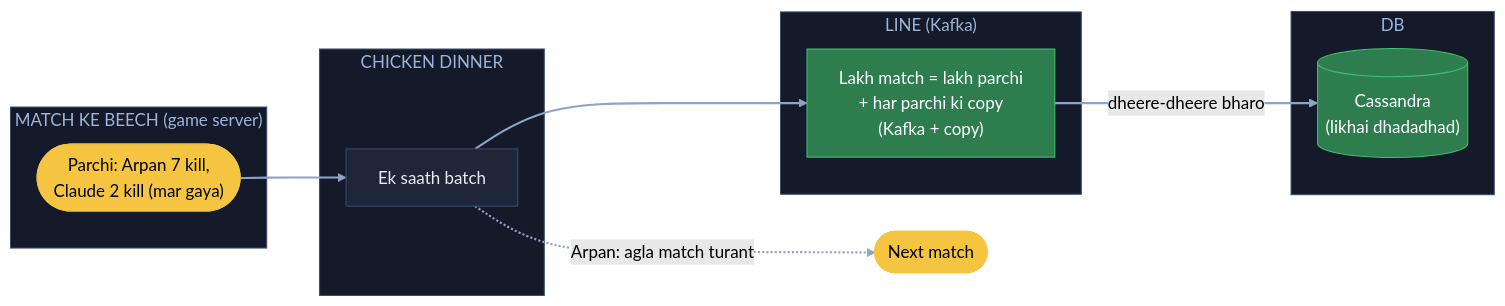
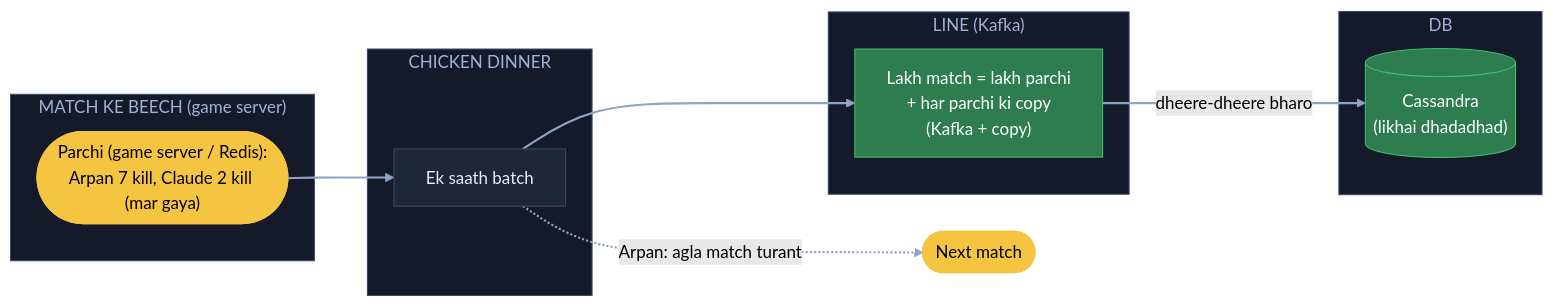
Before and after one commit to ArpanMaheshwari144/Prep: the fifth of 7 diagrams in 04_HLD/SYSTEM_DESIGNS/20_pubg/20_pubg.md, drawn with Mermaid (forest theme). The commit also changed other lines of this file and 1 other file, not shown here.

Commit message:
PUBG: round FR/NFR/numbers/dhaancha code block me, lambe jawab points me, Ek nazar me LB/Redis/Postgres, sabse neeche poora dhaancha

````diff
--- a/04_HLD/SYSTEM_DESIGNS/20_pubg/20_pubg.md
+++ b/04_HLD/SYSTEM_DESIGNS/20_pubg/20_pubg.md
@@ -333,27 +352,27 @@
 ```mermaid
 flowchart LR
     subgraph G["MATCH KE BEECH (game server)"]
-        P(["Parchi: Arpan 7 kill,<br/>Claude 2 kill (mar gaya)"]):::pill
+        P(["Parchi (game server / Redis):<br/>Arpan 7 kill, Claude 2 kill (mar gaya)"]):::pill
     end
     subgraph E["CHICKEN DINNER"]
         B["Ek saath batch"]:::card
     end
     subgraph K["LINE (Kafka)"]
         Q["Lakh match = lakh parchi<br/>+ har parchi ki copy<br/>(Kafka + copy)"]:::good
     end
     subgraph D["DB"]
         C[("Cassandra<br/>(likhai dhadadhad)")]:::good
     end
     P --> B
     B --> Q
     Q -- "dheere-dheere bharo" --> C
     B -. "Arpan: agla match turant" .-> N(["Next match"]):::pill
     linkStyle default stroke:#8fa3c7,stroke-width:2px
     classDef card fill:#1e2638,stroke:#3a4a6b,color:#e8ecf5
     classDef pill fill:#f5c542,stroke:#f5c542,color:#000
     classDef good fill:#2e7d4f,stroke:#3fbf6f,color:#fff
     style G fill:#141a29,stroke:#3a4a6b,color:#9fb3d9
     style E fill:#141a29,stroke:#3a4a6b,color:#9fb3d9
     style K fill:#141a29,stroke:#3a4a6b,color:#9fb3d9
     style D fill:#141a29,stroke:#3a4a6b,color:#9fb3d9
 ```
````
